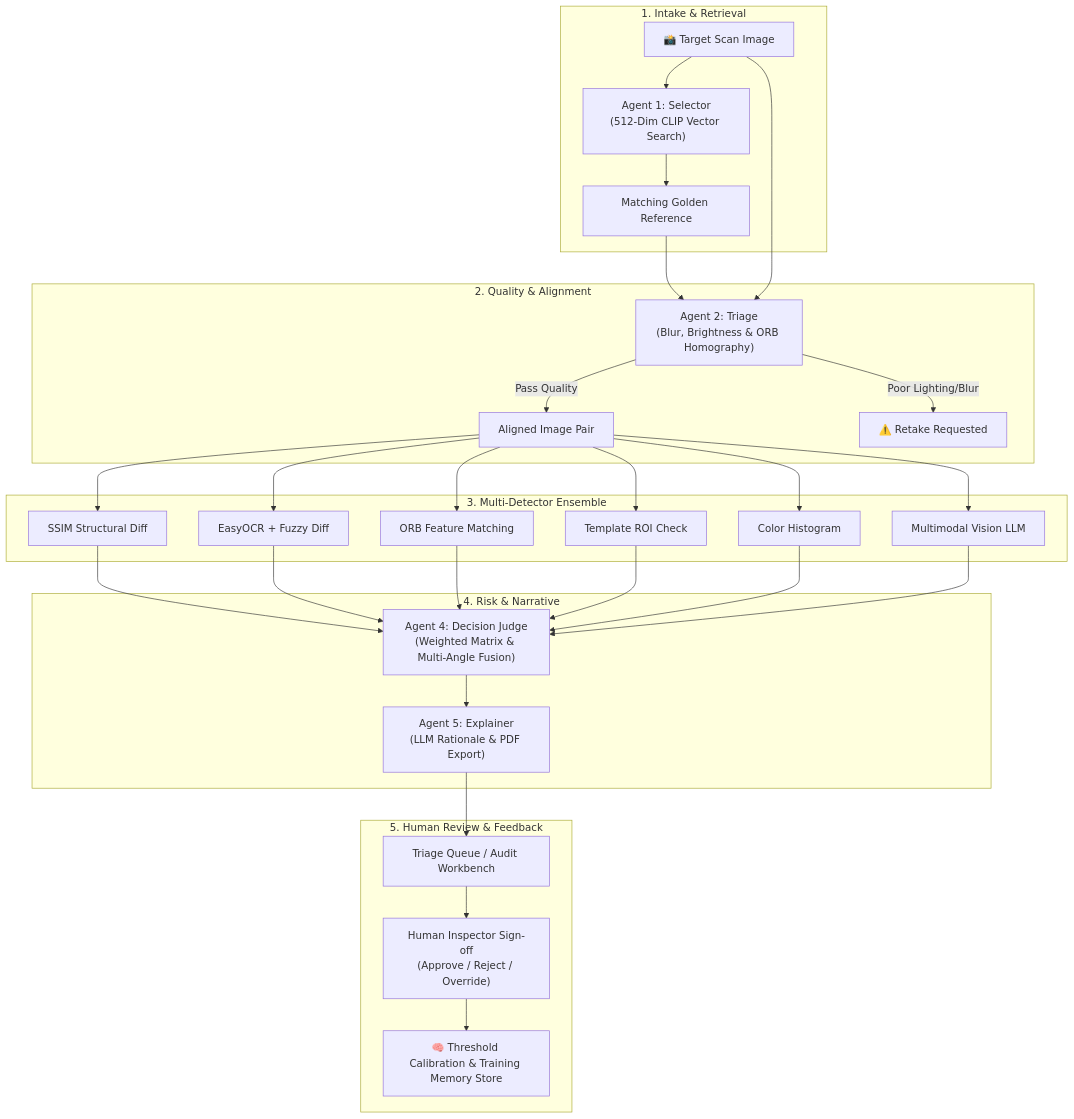
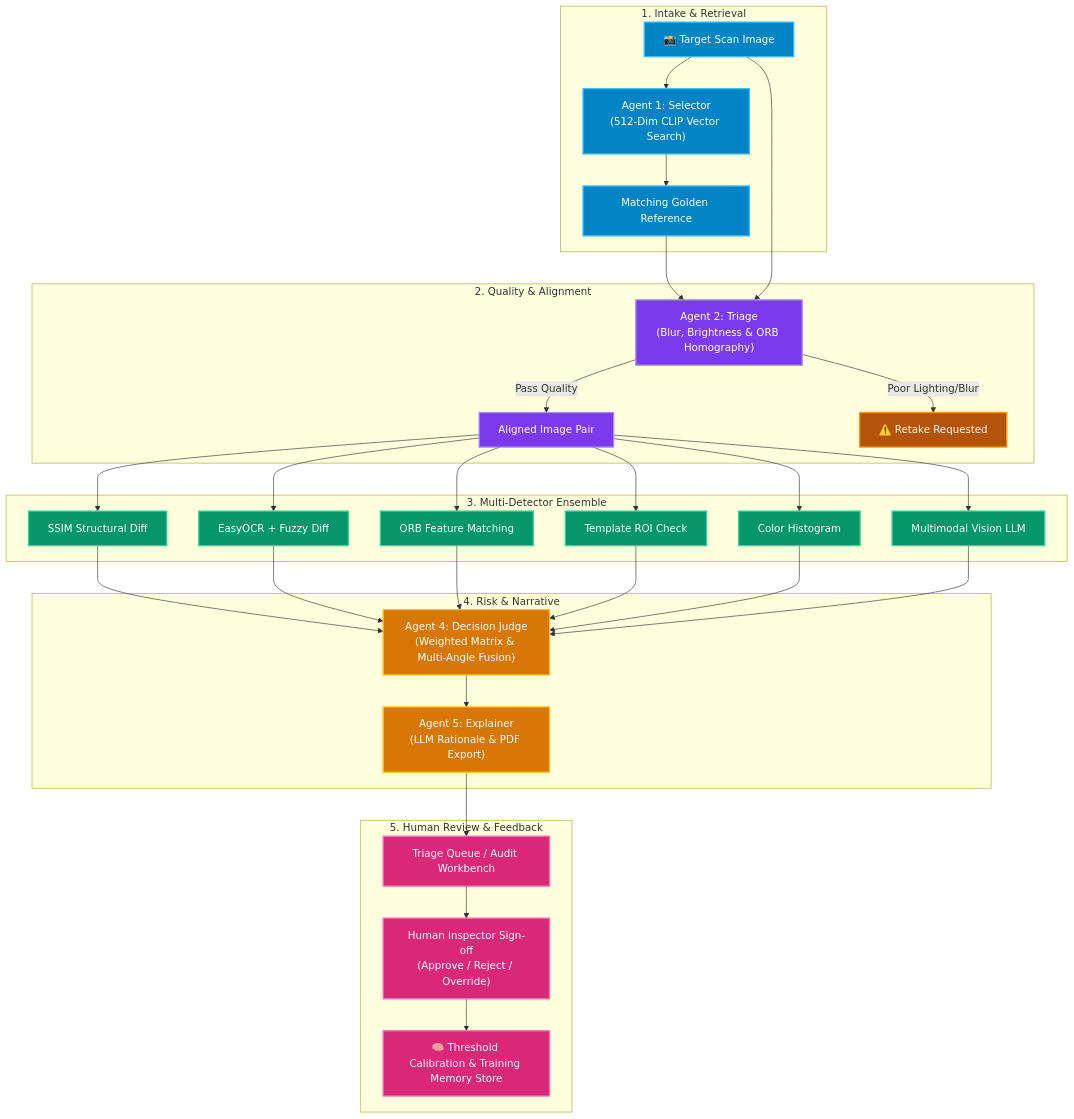
The first of 7 diagrams in AGENTS.md (IdeaForg-e/VeriVision-AI), drawn with Mermaid before and after one commit. The commit also changed other lines of this file and 1 other file, not shown here.

Commit message:
style(docs): colorize all Mermaid architecture and workflow diagrams across README.md and AGENTS.md with vibrant classDef palettes

````diff
--- a/AGENTS.md
+++ b/AGENTS.md
@@ -35,33 +35,47 @@
 ```mermaid
 flowchart TD
+    classDef ingestion fill:#0284c7,stroke:#38bdf8,stroke-width:2px,color:#ffffff;
+    classDef triage fill:#7c3aed,stroke:#a78bfa,stroke-width:2px,color:#ffffff;
+    classDef detection fill:#059669,stroke:#34d399,stroke-width:2px,color:#ffffff;
+    classDef decision fill:#d97706,stroke:#fbbf24,stroke-width:2px,color:#ffffff;
+    classDef audit fill:#db2777,stroke:#f472b6,stroke-width:2px,color:#ffffff;
+    classDef retake fill:#b45309,stroke:#f59e0b,stroke-width:2px,color:#ffffff;
+
     subgraph INGESTION ["1. Intake & Retrieval"]
         A["📸 Target Scan Image"] --> B["Agent 1: Selector\n(512-Dim CLIP Vector Search)"]
         B --> C["Matching Golden Reference"]
     end
 
     subgraph TRIAGE ["2. Quality & Alignment"]
         C & A --> D["Agent 2: Triage\n(Blur, Brightness & ORB Homography)"]
         D -- "Pass Quality" --> E["Aligned Image Pair"]
         D -- "Poor Lighting/Blur" --> RET["⚠️ Retake Requested"]
     end
 
     subgraph DETECTION ["3. Multi-Detector Ensemble"]
         E --> F1["SSIM Structural Diff"]
         E --> F2["EasyOCR + Fuzzy Diff"]
         E --> F3["ORB Feature Matching"]
         E --> F4["Template ROI Check"]
         E --> F5["Color Histogram"]
         E --> F6["Multimodal Vision LLM"]
     end
 
     subgraph DECISION ["4. Risk & Narrative"]
         F1 & F2 & F3 & F4 & F5 & F6 --> G["Agent 4: Decision Judge\n(Weighted Matrix & Multi-Angle Fusion)"]
         G --> H["Agent 5: Explainer\n(LLM Rationale & PDF Export)"]
     end
 
     subgraph AUDIT ["5. Human Review & Feedback"]
         H --> I["Triage Queue / Audit Workbench"]
         I --> J["Human Inspector Sign-off\n(Approve / Reject / Override)"]
         J --> K["🧠 Threshold Calibration & Training Memory Store"]
     end
+
+    class A,B,C ingestion;
+    class D,E triage;
+    class RET retake;
+    class F1,F2,F3,F4,F5,F6 detection;
+    class G,H decision;
+    class I,J,K audit;
 ```
````
